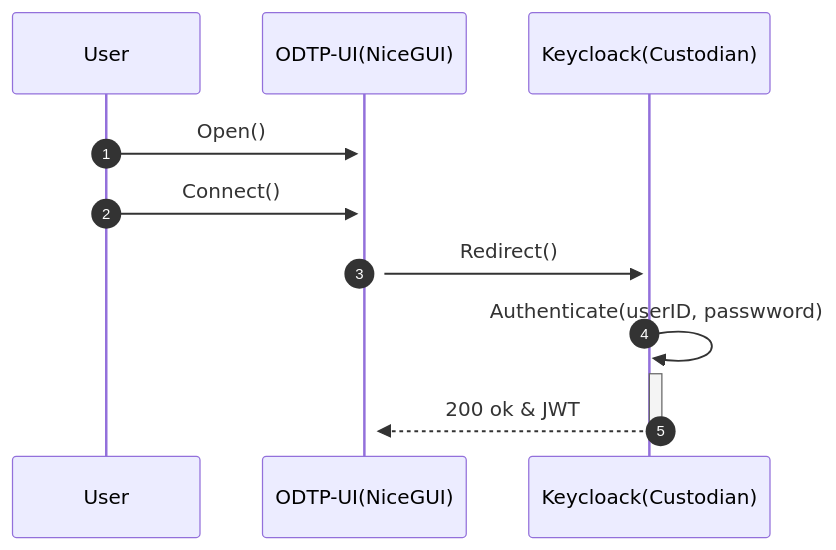
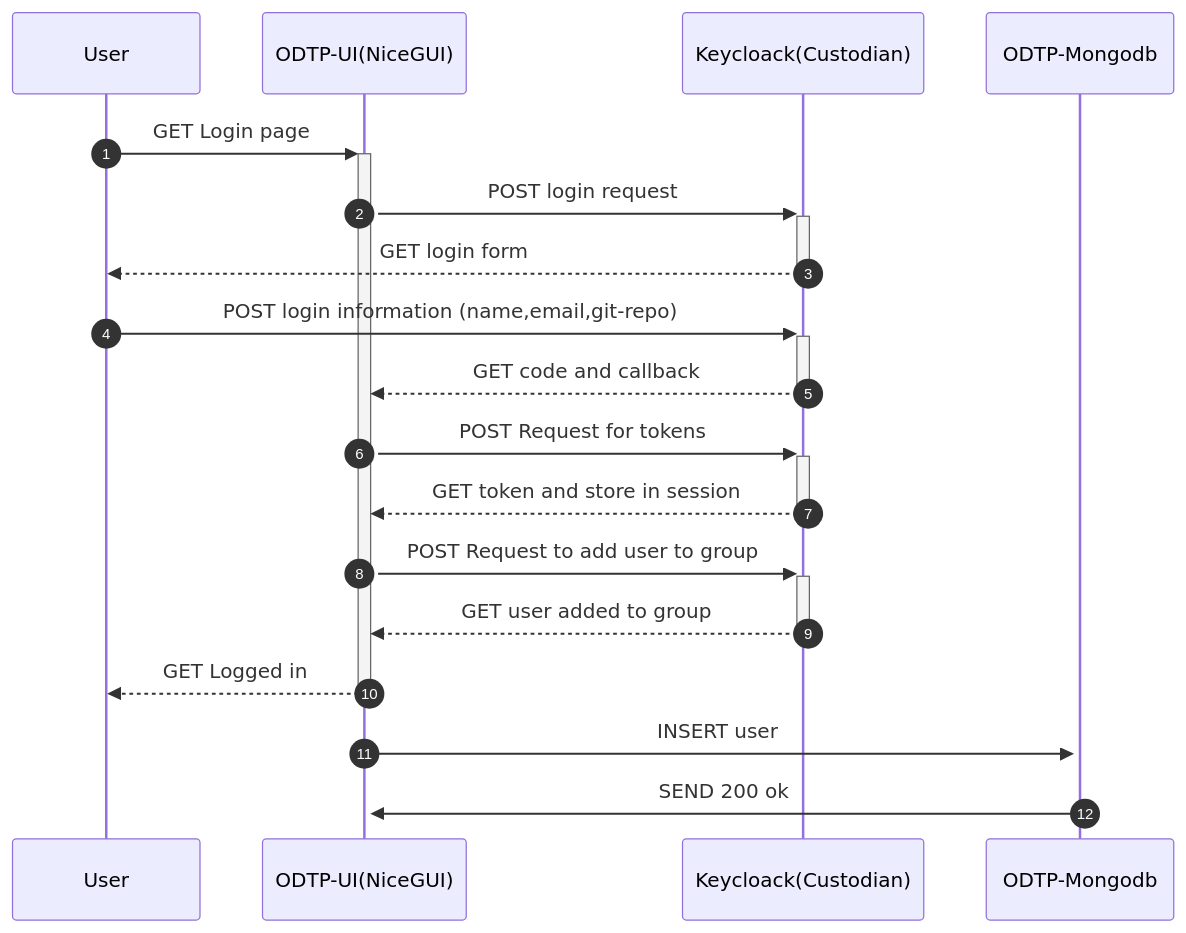
One commit to odtp-org/odtp-manuals changed the first of 6 diagrams in docs/odtp_diagrams.md. Above: the diagram before and after it, drawn with Mermaid. The commit also changed other lines of this file, not shown here.

Commit message:
update sequence diagram

````diff
--- a/docs/odtp_diagrams.md
+++ b/docs/odtp_diagrams.md
@@ -9,9 +9,17 @@
 ``` mermaid
 sequenceDiagram
   autonumber
-   User->>+ODTP-UI(NiceGUI): Open()
-   User->>+ODTP-UI(NiceGUI): Connect()
-   ODTP-UI(NiceGUI)->>+Keycloack(Custodian): Redirect()
-   Keycloack(Custodian)->>+Keycloack(Custodian): Authenticate(userID, passwword)
-   Keycloack(Custodian)-->>-ODTP-UI(NiceGUI): 200 ok & JWT
+   User->>+ODTP-UI(NiceGUI): GET Login page
+   ODTP-UI(NiceGUI)->>+Keycloack(Custodian): POST login request
+   Keycloack(Custodian)-->>-User: GET login form
+   User->>+Keycloack(Custodian): POST login information (name,email,git-repo)
+   Keycloack(Custodian)-->>-ODTP-UI(NiceGUI): GET code and callback
+   ODTP-UI(NiceGUI)->>+Keycloack(Custodian): POST Request for tokens
+   Keycloack(Custodian)-->>-ODTP-UI(NiceGUI): GET token and store in session
+   ODTP-UI(NiceGUI)->>+Keycloack(Custodian): POST Request to add user to group
+   Keycloack(Custodian)-->>-ODTP-UI(NiceGUI): GET user added to group
+   ODTP-UI(NiceGUI)-->>-User: GET Logged in
+   ODTP-UI(NiceGUI)->>+ODTP-Mongodb: INSERT user
+   ODTP-Mongodb->>+ODTP-UI(NiceGUI): SEND 200 ok
+
 ```
````
